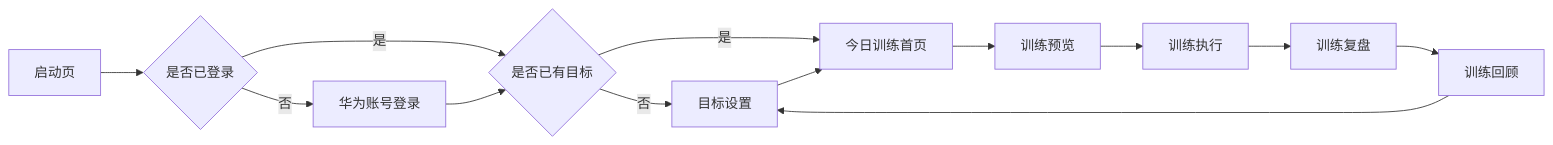
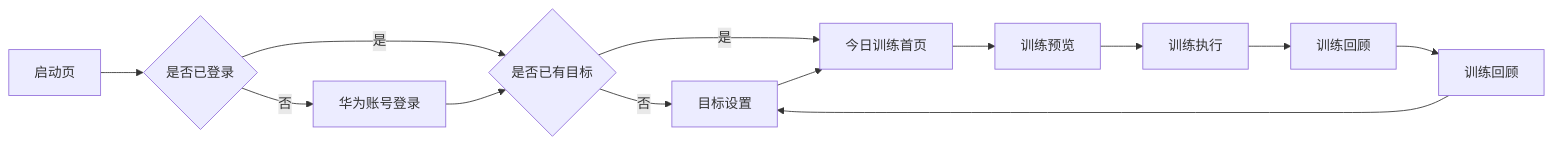
One commit to EarthxxRhythm/FitTracker changed the diagram in docs/产品需求文档（PRD）.md. Above: the diagram before and after it, drawn with Mermaid. The commit also changed other lines of this file and 192 other files, not shown here.

````diff
--- a/docs/产品需求文档（PRD）.md
+++ b/docs/产品需求文档（PRD）.md
@@ -31,15 +31,15 @@
 ```mermaid
 flowchart LR
   A["启动页"] --> B{"是否已登录"}
   B -->|否| C["华为账号登录"]
   B -->|是| D{"是否已有目标"}
   C --> D
   D -->|否| E["目标设置"]
   D -->|是| F["今日训练首页"]
   E --> F
   F --> G["训练预览"]
   G --> H["训练执行"]
-  H --> I["训练复盘"]
+  H --> I["训练回顾"]
   I --> J["训练回顾"]
   J --> E
 ```
````
